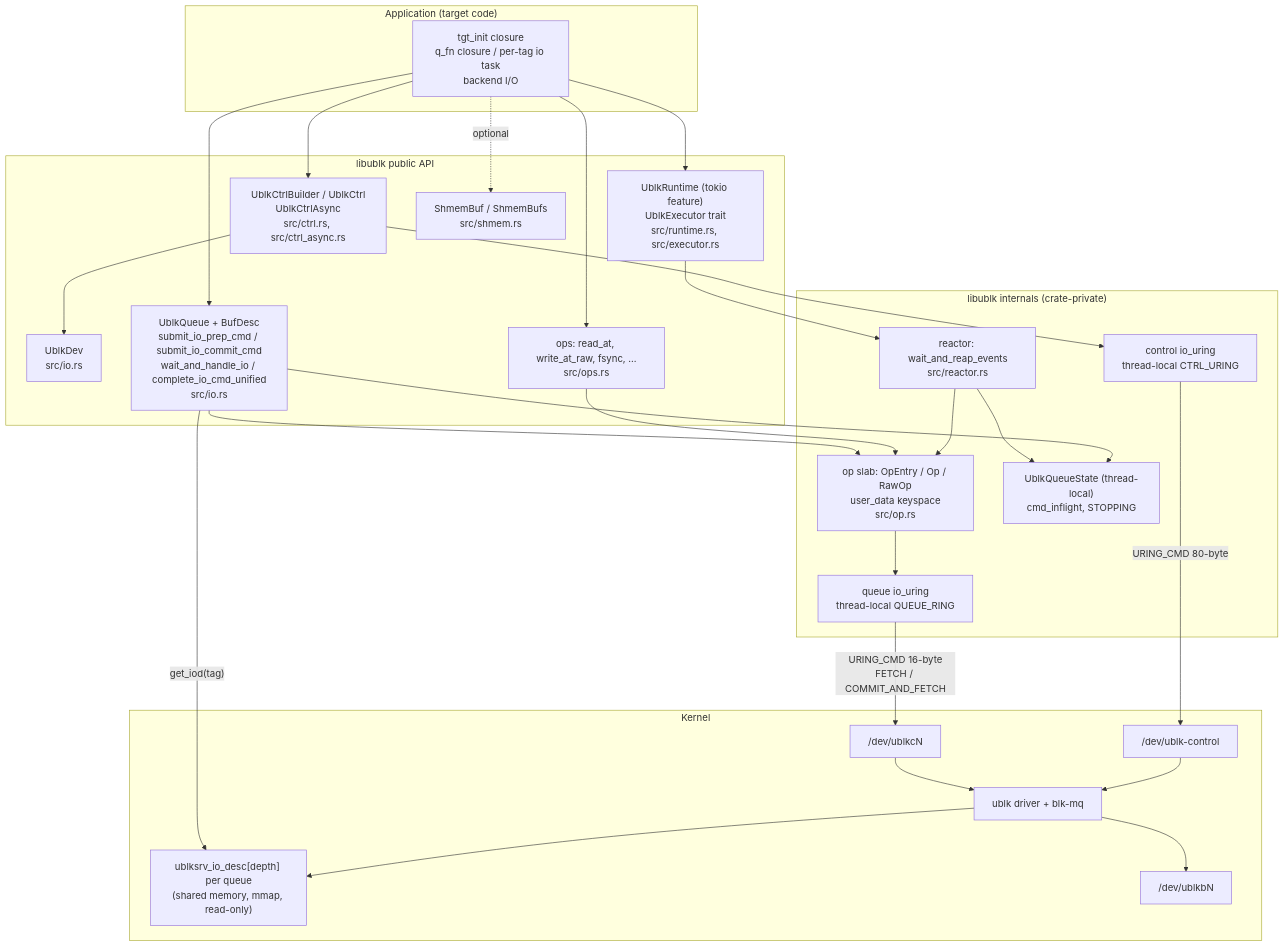
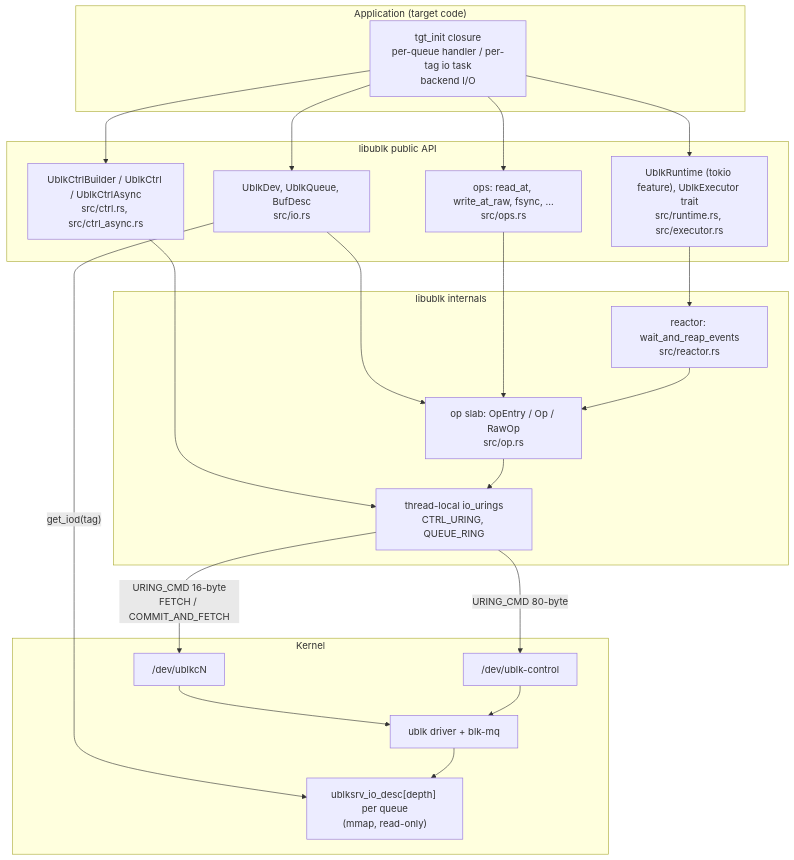
One commit to ublk-org/libublk-rs changed the second of 4 diagrams in docs/framework.md. Above: the diagram before and after it, drawn with Mermaid. The commit also changed other lines of this file, not shown here.

````diff
--- a/docs/framework.md
+++ b/docs/framework.md
@@ -150,53 +148,39 @@
 ```mermaid
 flowchart TB
     subgraph app["Application (target code)"]
-        TGT["tgt_init closure<br/>q_fn closure / per-tag io task<br/>backend I/O"]
+        TGT["tgt_init closure<br/>per-queue handler / per-tag io task<br/>backend I/O"]
     end
-
     subgraph pub["libublk public API"]
-        CTRL["UblkCtrlBuilder / UblkCtrl<br/>UblkCtrlAsync<br/>src/ctrl.rs, src/ctrl_async.rs"]
-        DEV["UblkDev<br/>src/io.rs"]
-        Q["UblkQueue + BufDesc<br/>submit_io_prep_cmd / submit_io_commit_cmd<br/>wait_and_handle_io / complete_io_cmd_unified<br/>src/io.rs"]
+        CTRL["UblkCtrlBuilder / UblkCtrl / UblkCtrlAsync<br/>src/ctrl.rs, src/ctrl_async.rs"]
+        Q["UblkDev, UblkQueue, BufDesc<br/>src/io.rs"]
         OPS["ops: read_at, write_at_raw, fsync, ...<br/>src/ops.rs"]
-        RT["UblkRuntime (tokio feature)<br/>UblkExecutor trait<br/>src/runtime.rs, src/executor.rs"]
-        SHM["ShmemBuf / ShmemBufs<br/>src/shmem.rs"]
+        RT["UblkRuntime (tokio feature), UblkExecutor trait<br/>src/runtime.rs, src/executor.rs"]
     end
-
-    subgraph internal["libublk internals (crate-private)"]
-        OP["op slab: OpEntry / Op / RawOp<br/>user_data keyspace<br/>src/op.rs"]
+    subgraph internal["libublk internals"]
+        OP["op slab: OpEntry / Op / RawOp<br/>src/op.rs"]
         REACT["reactor: wait_and_reap_events<br/>src/reactor.rs"]
-        QS["UblkQueueState (thread-local)<br/>cmd_inflight, STOPPING"]
-        CRING["control io_uring<br/>thread-local CTRL_URING"]
-        QRING["queue io_uring<br/>thread-local QUEUE_RING"]
+        RINGS["thread-local io_urings<br/>CTRL_URING, QUEUE_RING"]
     end
-
     subgraph kern["Kernel"]
         KCTL["/dev/ublk-control"]
         KCDEV["/dev/ublkcN"]
-        IOD["ublksrv_io_desc[depth] per queue<br/>(shared memory, mmap, read-only)"]
+        IOD["ublksrv_io_desc[depth] per queue<br/>(mmap, read-only)"]
         DRV["ublk driver + blk-mq"]
-        BDEV["/dev/ublkbN"]
     end
-
     TGT --> CTRL
     TGT --> Q
     TGT --> OPS
     TGT --> RT
-    TGT -.optional.-> SHM
-    CTRL --> DEV
-    CTRL --> CRING
+    CTRL --> RINGS
     Q --> OP
     OPS --> OP
-    OP --> QRING
+    OP --> RINGS
     RT --> REACT
     REACT --> OP
-    REACT --> QS
-    Q --> QS
-    CRING -- "URING_CMD 80-byte" --> KCTL
-    QRING -- "URING_CMD 16-byte<br/>FETCH / COMMIT_AND_FETCH" --> KCDEV
+    RINGS -- "URING_CMD 80-byte" --> KCTL
+    RINGS -- "URING_CMD 16-byte<br/>FETCH / COMMIT_AND_FETCH" --> KCDEV
     Q -- "get_iod(tag)" --> IOD
     KCDEV --> DRV
     KCTL --> DRV
     DRV --> IOD
-    DRV --> BDEV
 ```
````
